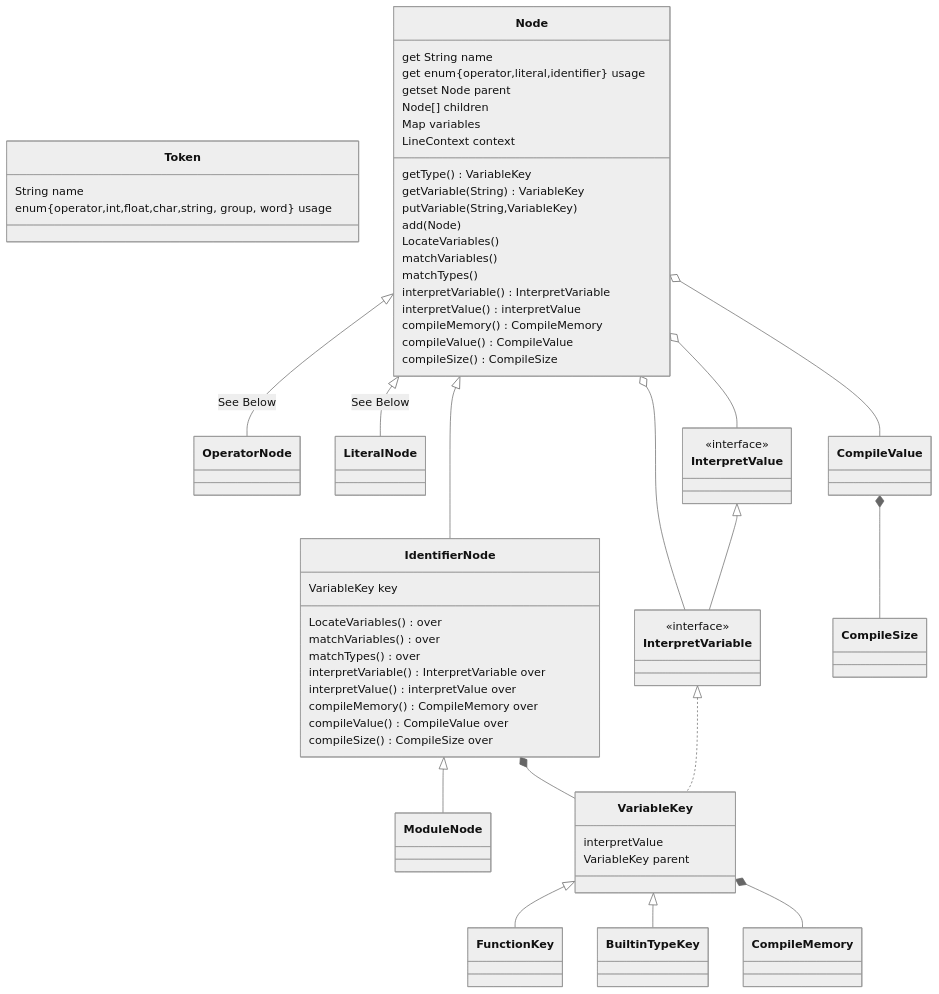
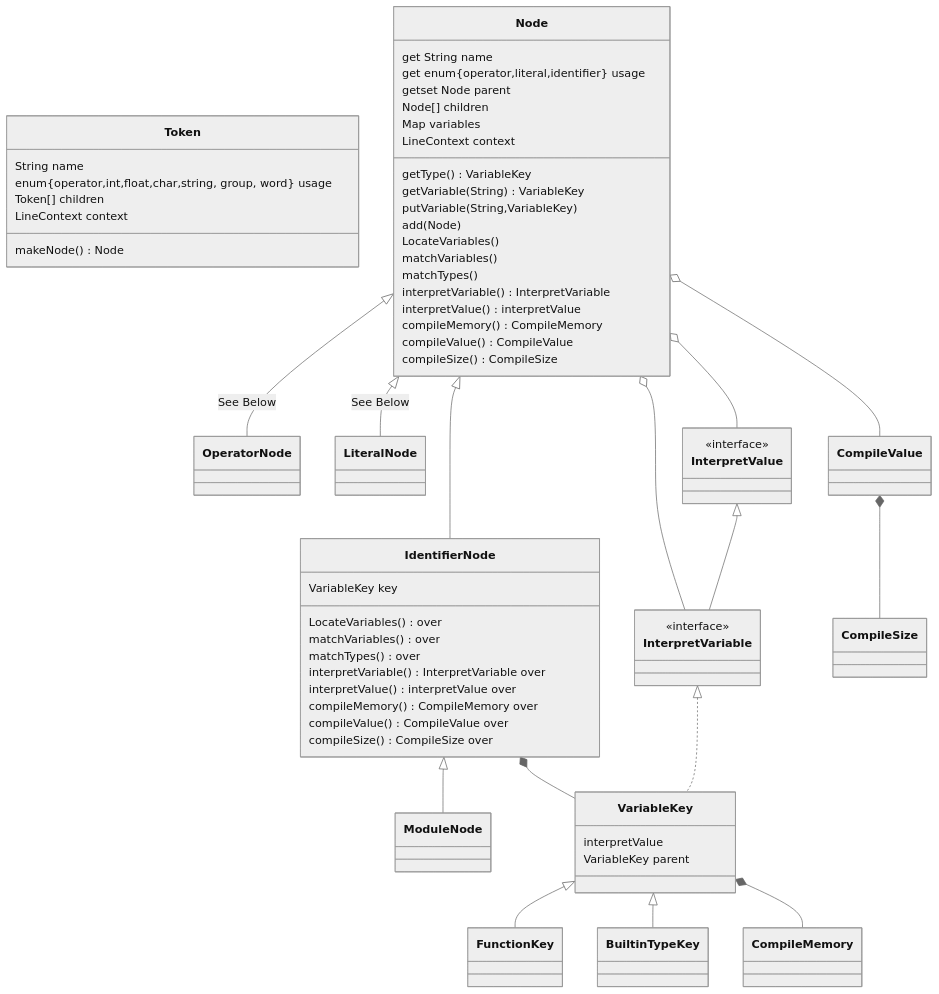
The first of 4 diagrams in README.md (Jzhyang1/Monomer), drawn with Mermaid (neutral theme) before and after one commit. The commit also changed other lines of this file, not shown here.

Commit message:
README.md updated from https://stackedit.io/

````diff
--- a/README.md
+++ b/README.md
@@ -239,57 +239,60 @@
 ```mermaid
 classDiagram
 class Token
 
 Node <|-- OperatorNode: See Below
 Node <|-- LiteralNode: See Below
 Node <|-- IdentifierNode
 Node o-- InterpretVariable
 Node o-- InterpretValue
 IdentifierNode <|-- ModuleNode
 IdentifierNode *-- VariableKey
 VariableKey <|-- FunctionKey
 VariableKey <|-- BuiltinTypeKey
 VariableKey *-- CompileMemory
 InterpretValue <|-- InterpretVariable
 InterpretVariable <|.. VariableKey
 CompileValue *-- CompileSize
 Node o-- CompileValue
 
 Token: String name
 Token: enum{operator,int,float,char,string, group, word} usage
+Token: Token[] children
+Token: LineContext context
+Token: makeNode() Node
 
 Node: get String name
 Node: get enum{operator,literal,identifier} usage
 Node: getset Node parent
 Node: Node[] children
 Node: Map<String, VariableKey> variables
 Node: LineContext context
 Node: getType() VariableKey
 Node: getVariable(String) VariableKey
 Node: putVariable(String,VariableKey)
 Node: add(Node)
 Node: LocateVariables()
 Node: matchVariables()
 Node: matchTypes()
 Node: interpretVariable() InterpretVariable
 Node: interpretValue() interpretValue
 Node: compileMemory() CompileMemory
 Node: compileValue() CompileValue
 Node: compileSize() CompileSize
 
 IdentifierNode: VariableKey key
 IdentifierNode: LocateVariables() over
 IdentifierNode: matchVariables() over
 IdentifierNode: matchTypes() over
 IdentifierNode: interpretVariable() InterpretVariable over
 IdentifierNode: interpretValue() interpretValue over
 IdentifierNode: compileMemory() CompileMemory over
 IdentifierNode: compileValue() CompileValue over
 IdentifierNode: compileSize() CompileSize over
 
 <<interface>> InterpretValue
 <<interface>> InterpretVariable
 
 VariableKey: interpretValue
 VariableKey: VariableKey parent
 ```
````
